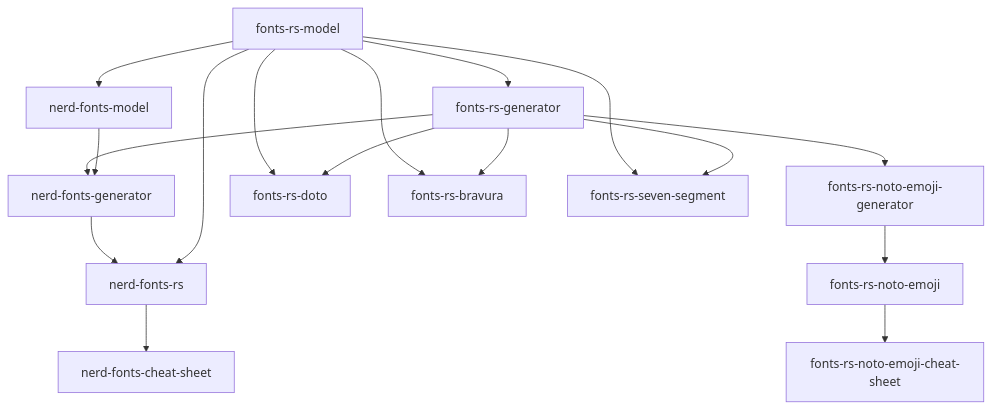
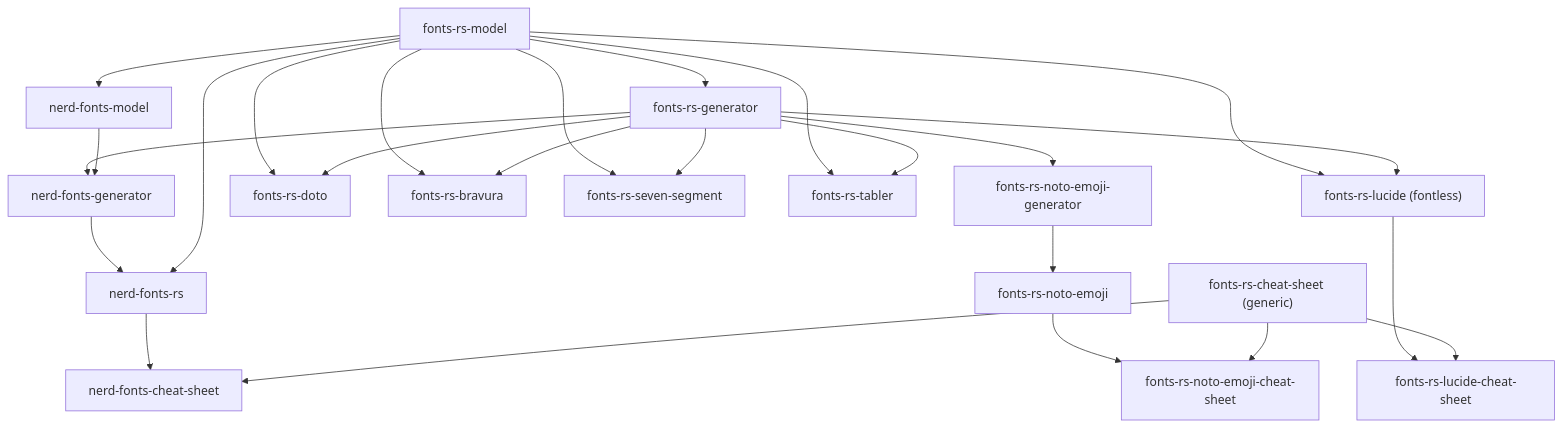
The first of 3 diagrams in book/src/architecture.md (smearor/fonts-rs), drawn with Mermaid before and after one commit. The commit also changed other lines of this file and 6 other files, not shown here.

````diff
--- a/book/src/architecture.md
+++ b/book/src/architecture.md
@@ -16,22 +16,31 @@
 ```mermaid
 graph TD
     Model["fonts-rs-model"] --> Gen["fonts-rs-generator"]
     Model --> NFModel["nerd-fonts-model"]
     Gen --> NFGen["nerd-fonts-generator"]
     NFModel --> NFGen
     Gen --> NotoGen["fonts-rs-noto-emoji-generator"]
 
     Model --> Doto["fonts-rs-doto"]
     Gen --> Doto
     Model --> Bravura["fonts-rs-bravura"]
     Gen --> Bravura
     Model --> Seven["fonts-rs-seven-segment"]
     Gen --> Seven
+    Model --> Tabler["fonts-rs-tabler"]
+    Gen --> Tabler
+    Model --> Lucide["fonts-rs-lucide (fontless)"]
+    Gen --> Lucide
 
     NotoGen --> NotoEmoji["fonts-rs-noto-emoji"]
     NFGen --> NFRs["nerd-fonts-rs"]
     Model --> NFRs
 
+    CheatSheet["fonts-rs-cheat-sheet (generic)"]
     NotoEmoji --> NotoCS["fonts-rs-noto-emoji-cheat-sheet"]
+    Lucide --> LucideCS["fonts-rs-lucide-cheat-sheet"]
     NFRs --> NFCS["nerd-fonts-cheat-sheet"]
+    CheatSheet --> NotoCS
+    CheatSheet --> LucideCS
+    CheatSheet --> NFCS
 ```
````
